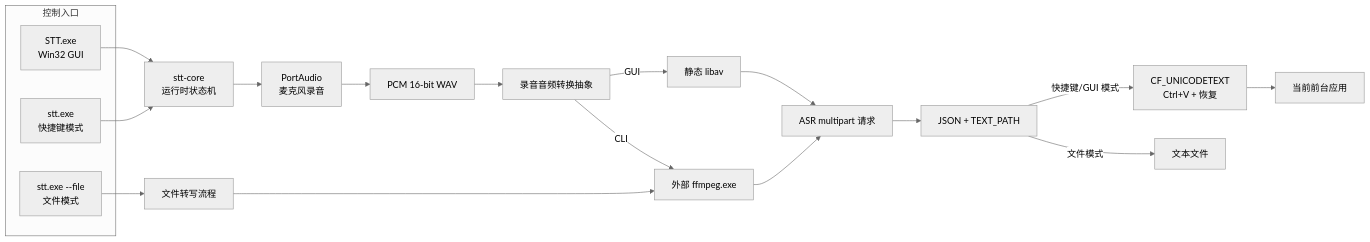
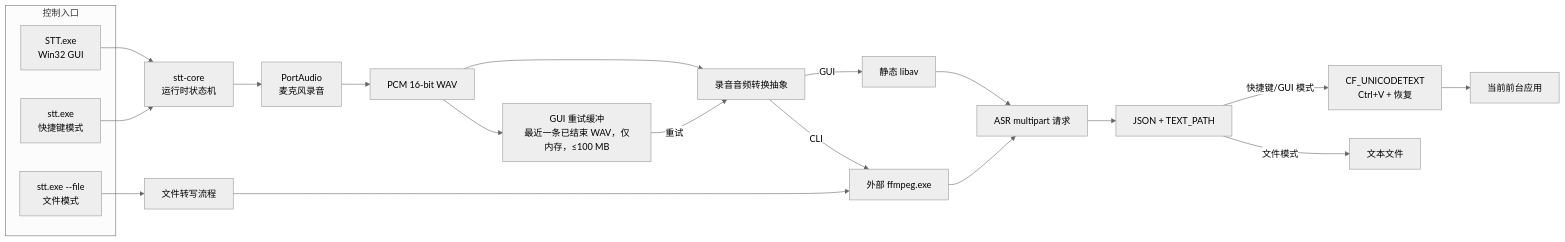
The first of 3 diagrams in README_ZH.md (Joey-Kot/STT-for-Windows), drawn with Mermaid (neutral theme) before and after one commit. The commit also changed other lines of this file and 5 other files, not shown here.

````diff
--- a/README_ZH.md
+++ b/README_ZH.md
@@ -61,28 +64,30 @@
 ```mermaid
 flowchart LR
     subgraph Entry["控制入口"]
         GUI["STT.exe<br/>Win32 GUI"]
         CLI["stt.exe<br/>快捷键模式"]
         FileMode["stt.exe --file<br/>文件模式"]
     end
 
     GUI --> Runtime["stt-core<br/>运行时状态机"]
     CLI --> Runtime
     FileMode --> FilePipeline["文件转写流程"]
 
     Runtime --> Recorder["PortAudio<br/>麦克风录音"]
     Recorder --> WAV["PCM 16-bit WAV"]
 
     WAV --> Convert["录音音频转换抽象"]
+    WAV --> RetryBuffer["GUI 重试缓冲<br/>最近一条已结束 WAV，仅内存，≤100 MB"]
+    RetryBuffer -->|重试| Convert
     Convert -->|GUI| LibAv["静态 libav"]
     Convert -->|CLI| FFmpeg["外部 ffmpeg.exe"]
     FilePipeline --> FFmpeg
 
     LibAv --> Request["ASR multipart 请求"]
     FFmpeg --> Request
     Request --> Extract["JSON + TEXT_PATH"]
 
     Extract -->|快捷键/GUI 模式| Clipboard["CF_UNICODETEXT<br/>Ctrl+V + 恢复"]
     Clipboard --> App["当前前台应用"]
     Extract -->|文件模式| TextFile["文本文件"]
 ```
````
